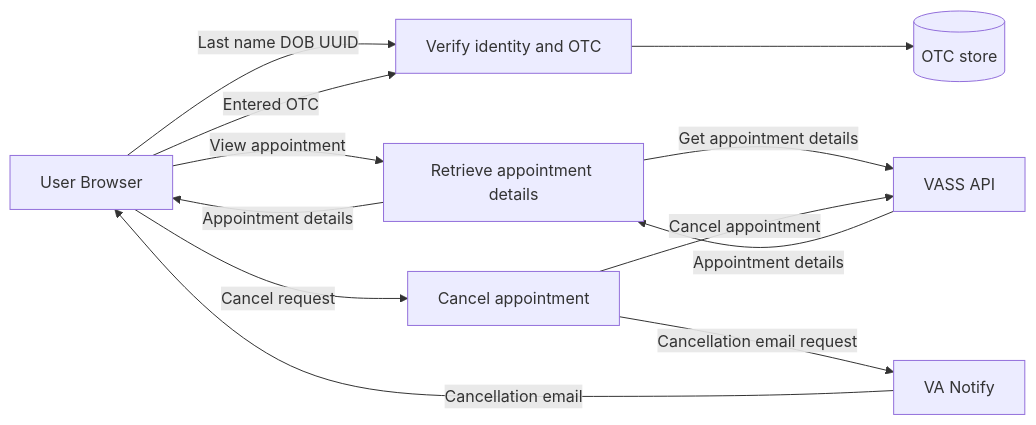
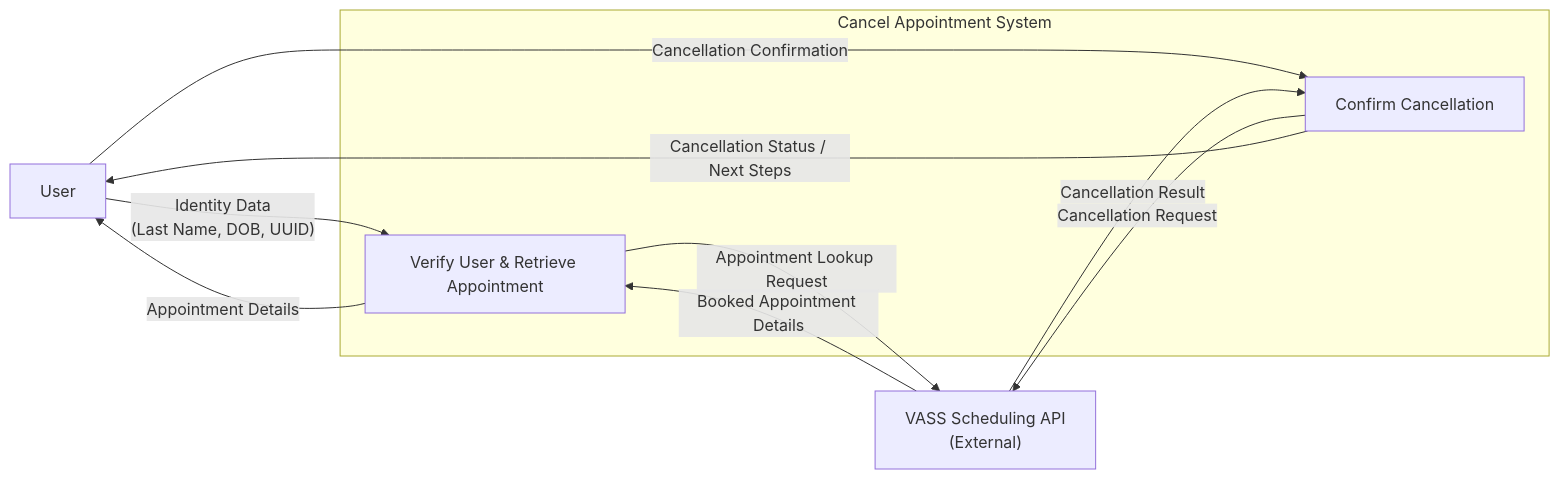
One commit to department-of-veterans-affairs/va.gov-team changed the third of 4 diagrams in products/health-care/appointments/va-online-scheduling/initiatives/solid-start-scheduling/engineering/data-flow-diagram.md. Above: the diagram before and after it, drawn with Mermaid. The commit also changed other lines of this file, not shown here.

````diff
--- a/products/health-care/appointments/va-online-scheduling/initiatives/solid-start-scheduling/engineering/data-flow-diagram.md
+++ b/products/health-care/appointments/va-online-scheduling/initiatives/solid-start-scheduling/engineering/data-flow-diagram.md
@@ -48,29 +31,22 @@
 ```mermaid
 flowchart LR
-    User["User Browser"]
-    VASSAPI["VASS API"]
-    VANotify["VA Notify"]
+    User["User"]
+    VASS["VASS Scheduling API<br/>(External)"]
 
-    P1["Verify identity and OTC"]
-    P4["Retrieve appointment details"]
-    P5["Cancel appointment"]
+    subgraph Cancellation_System["Cancel Appointment System"]
+        P1["Verify User & Retrieve Appointment"]
+        P2["Confirm Cancellation"]
+    end
 
-    D2[("OTC store")]
+    User -->|"Identity Data<br/>(Last Name, DOB, UUID)"| P1
+    P1 -->|"Appointment Lookup Request"| VASS
+    VASS -->|"Booked Appointment Details"| P1
+    P1 -->|"Appointment Details"| User
 
-    User -->|Last name DOB UUID| P1
-    P1 --> D2
-    User -->|Entered OTC| P1
-
-    User -->|View appointment| P4
-    P4 -->|Get appointment details| VASSAPI
-    VASSAPI -->|Appointment details| P4
-    P4 -->|Appointment details| User
-
-    User -->|Cancel request| P5
-    P5 -->|Cancel appointment| VASSAPI
-    P5 -->|Cancellation email request| VANotify
-    VANotify -->|Cancellation email| User
-
+    User -->|"Cancellation Confirmation"| P2
+    P2 -->|"Cancellation Request"| VASS
+    VASS -->|"Cancellation Result"| P2
+    P2 -->|"Cancellation Status / Next Steps"| User
 
 
 ```
````
